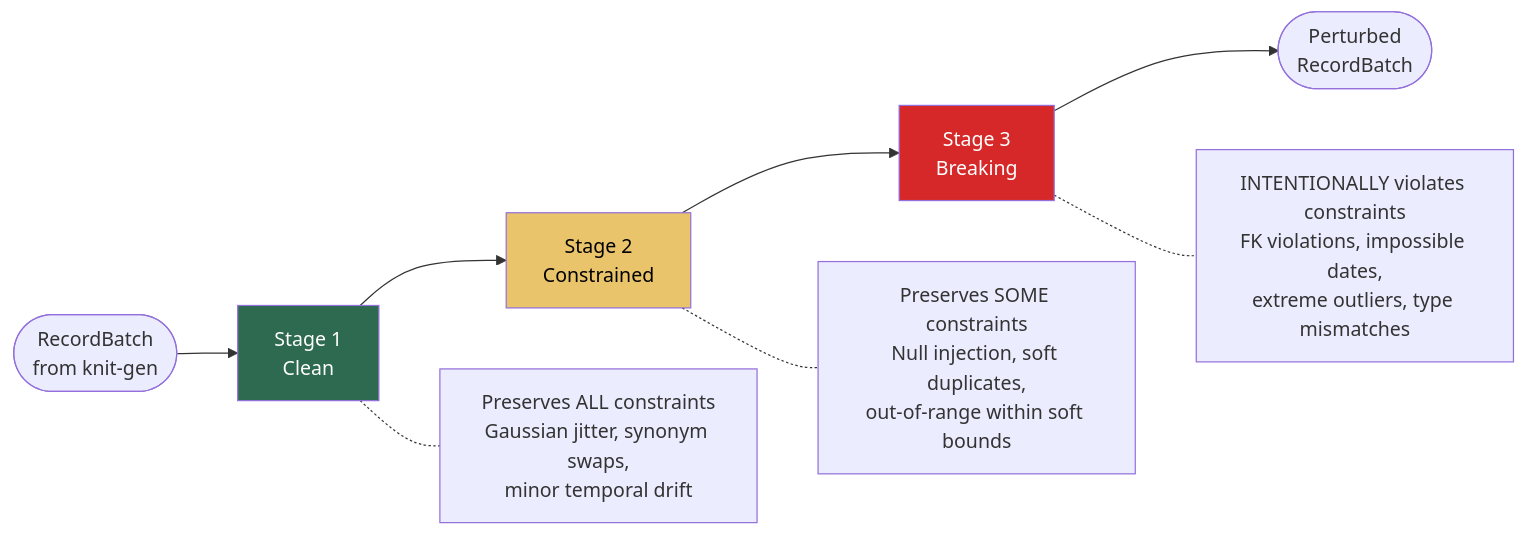
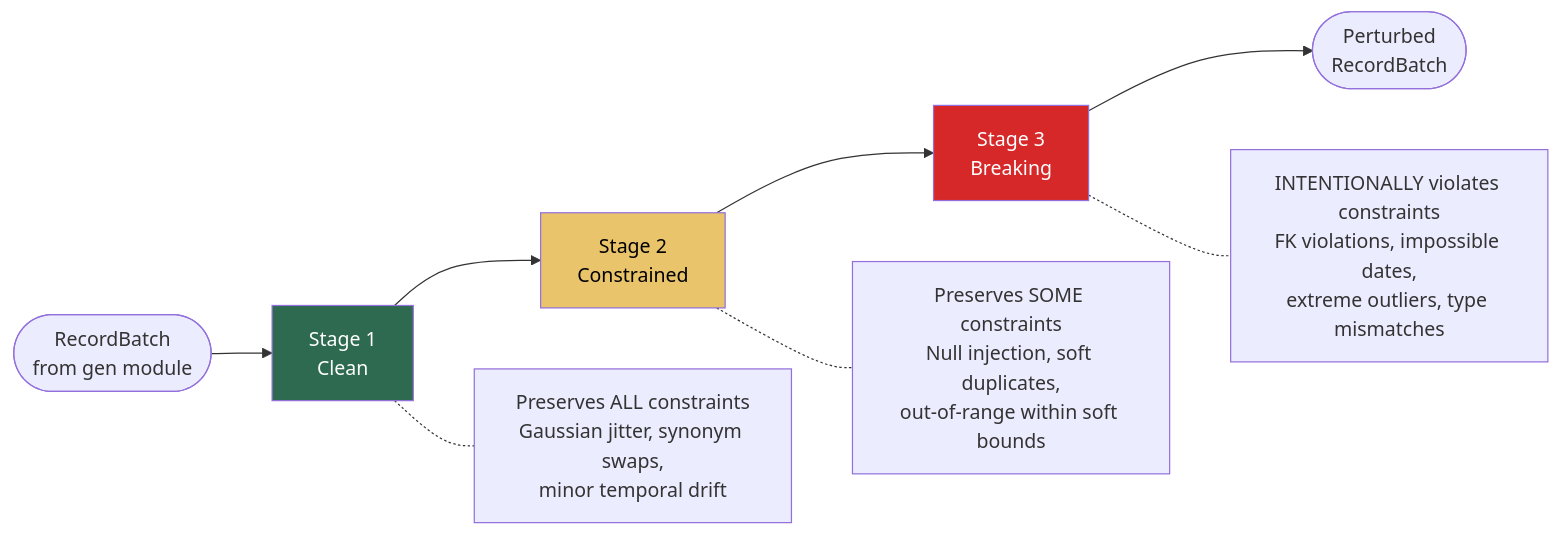
The third of 6 diagrams in docs/design-noise.md (Yaming-Hub/knit), drawn with Mermaid before and after one commit. The commit also changed other lines of this file and 10 other files, not shown here.

````diff
--- a/docs/design-noise.md
+++ b/docs/design-noise.md
@@ -63,15 +63,15 @@
 ```mermaid
 flowchart LR
-    input([RecordBatch\nfrom knit-gen]) --> clean[Stage 1\nClean]
+    input([RecordBatch\nfrom gen module]) --> clean[Stage 1\nClean]
     clean --> constrained[Stage 2\nConstrained]
     constrained --> breaking[Stage 3\nBreaking]
     breaking --> output([Perturbed\nRecordBatch])
 
     clean -.- c_desc["Preserves ALL constraints\nGaussian jitter, synonym swaps,\nminor temporal drift"]
     constrained -.- co_desc["Preserves SOME constraints\nNull injection, soft duplicates,\nout-of-range within soft bounds"]
     breaking -.- b_desc["INTENTIONALLY violates constraints\nFK violations, impossible dates,\nextreme outliers, type mismatches"]
 
     style clean fill:#2d6a4f,color:#fff
     style constrained fill:#e9c46a,color:#000
     style breaking fill:#d62828,color:#fff
 ```
````
